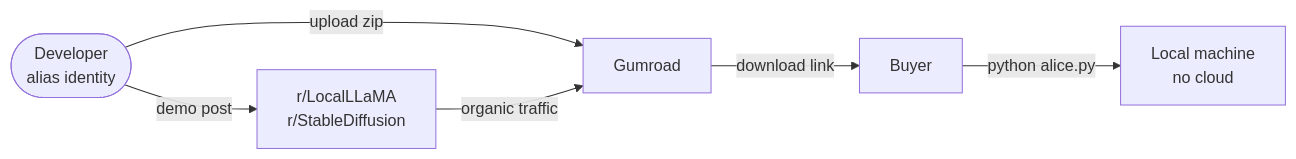
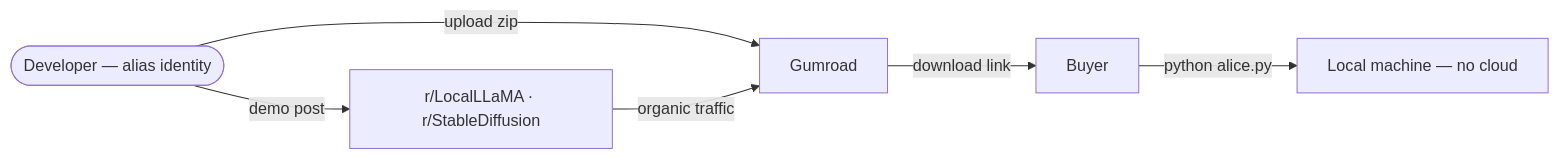
The third of 3 diagrams in Roadmap.md (cschladetsch/PyLocalEnsemble), drawn with Mermaid before and after one commit. The commit also changed other lines of this file and 1 other file, not shown here.

Commit message:
Fix Mermaid diagrams: replace multi-line labels with single-line em-dash style

````diff
--- a/Roadmap.md
+++ b/Roadmap.md
@@ -168,8 +168,8 @@
 ```mermaid
 flowchart LR
-    Dev(["Developer<br/>alias identity"]) -->|upload zip| Gumroad
+    Dev([Developer — alias identity]) -->|upload zip| Gumroad
     Gumroad -->|download link| Buyer
-    Buyer -->|python alice.py| Local["Local machine<br/>no cloud"]
-    Dev -->|demo post| Reddit["r/LocalLLaMA<br/>r/StableDiffusion"]
+    Buyer -->|python alice.py| Local[Local machine — no cloud]
+    Dev -->|demo post| Reddit["r/LocalLLaMA · r/StableDiffusion"]
     Reddit -->|organic traffic| Gumroad
 ```
````
